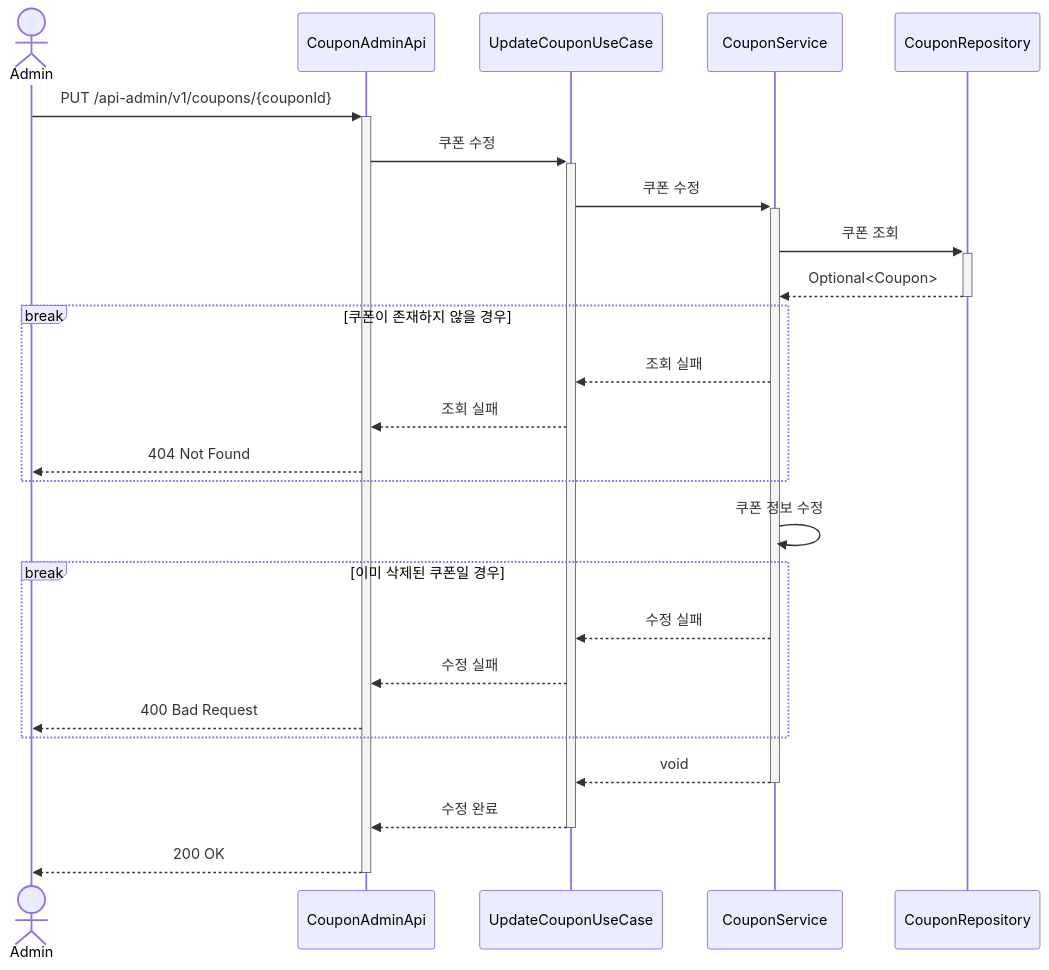
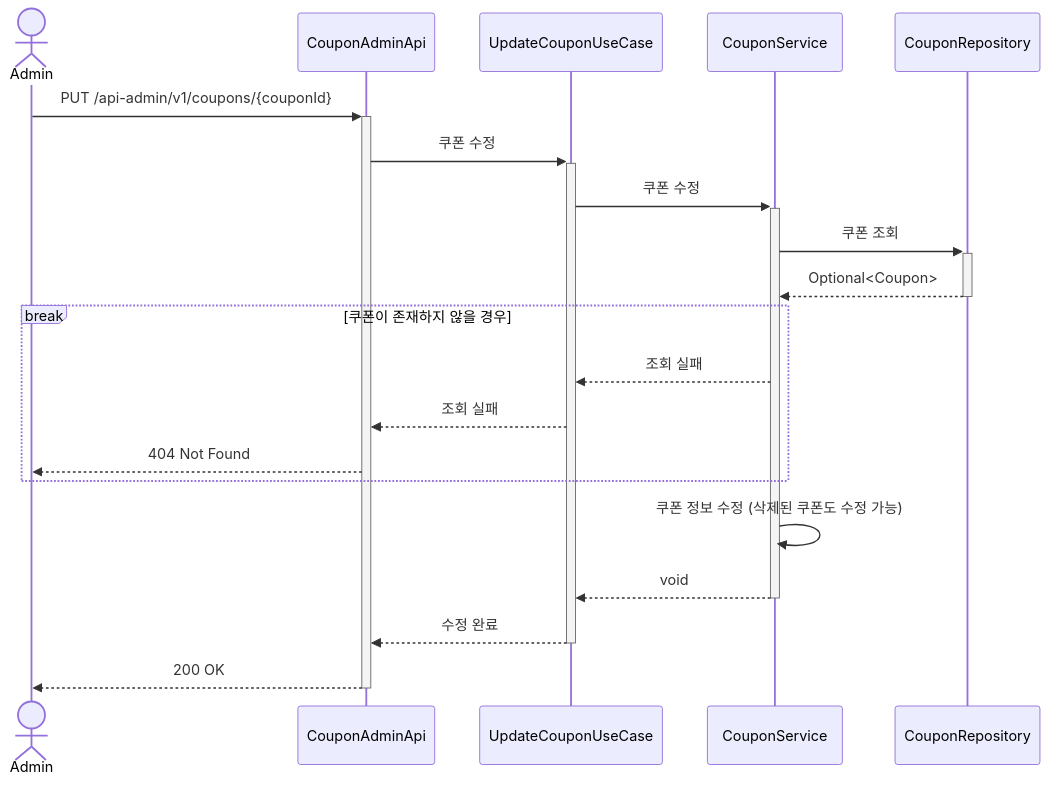
Before and after one commit to Loopers-dev-lab/loop-pack-be-l2-vol3-java: diagram 22 of 31 in .docs/design/02-sequence-diagrams.md, drawn with Mermaid. The commit also changed other lines of this file and 8 other files, not shown here.

````diff
--- a/.docs/design/02-sequence-diagrams.md
+++ b/.docs/design/02-sequence-diagrams.md
@@ -746,32 +746,25 @@
 ```mermaid
 sequenceDiagram
     actor Admin
     participant CouponAdminApi
     participant UpdateCouponUseCase
     participant CouponService
     participant CouponRepository
 
     Admin ->>+ CouponAdminApi: PUT /api-admin/v1/coupons/{couponId}
     CouponAdminApi ->>+ UpdateCouponUseCase: 쿠폰 수정
     UpdateCouponUseCase ->>+ CouponService: 쿠폰 수정
     CouponService ->>+ CouponRepository: 쿠폰 조회
     CouponRepository -->>- CouponService: Optional<Coupon>
 
     break 쿠폰이 존재하지 않을 경우
         CouponService -->> UpdateCouponUseCase: 조회 실패
         UpdateCouponUseCase -->> CouponAdminApi: 조회 실패
         CouponAdminApi -->> Admin: 404 Not Found
     end
 
-    CouponService ->> CouponService: 쿠폰 정보 수정
-
-    break 이미 삭제된 쿠폰일 경우
-        CouponService -->> UpdateCouponUseCase: 수정 실패
-        UpdateCouponUseCase -->> CouponAdminApi: 수정 실패
-        CouponAdminApi -->> Admin: 400 Bad Request
-    end
-
+    CouponService ->> CouponService: 쿠폰 정보 수정 (삭제된 쿠폰도 수정 가능)
     CouponService -->>- UpdateCouponUseCase: void
     UpdateCouponUseCase -->>- CouponAdminApi: 수정 완료
     CouponAdminApi -->>- Admin: 200 OK
 ```
````
